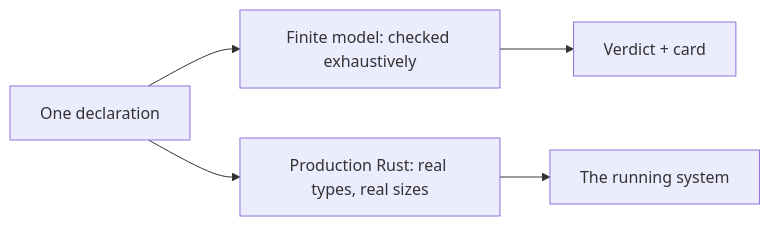
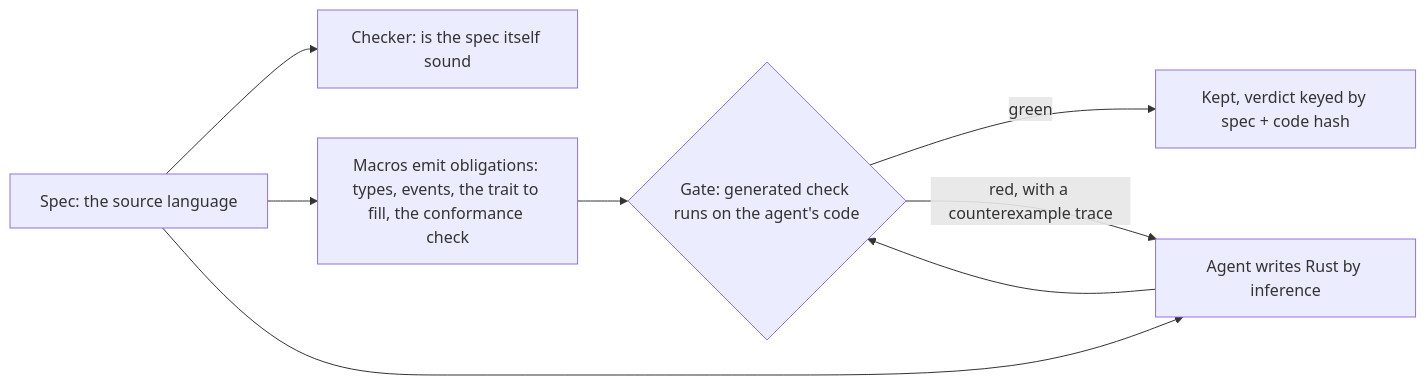
The first of 3 diagrams in .bboxy/specs/spec-first-os.md (bboxy450/bboxy450-term), drawn with Mermaid before and after one commit. The commit also changed other lines of this file, not shown here.

Commit message:
[skip ci] spec-first-os: inference compiles the spec, macros judge it; milestone 2 is the generated judge

````diff
--- a/.bboxy/specs/spec-first-os.md
+++ b/.bboxy/specs/spec-first-os.md
@@ -54,7 +56,10 @@
 ```mermaid
 flowchart LR
-  D[One declaration] --> F[Finite model: checked exhaustively]
-  D --> R[Production Rust: real types, real sizes]
-  F --> V[Verdict + card]
-  R --> B[The running system]
+  S[Spec: the source language] --> C[Checker: is the spec itself sound]
+  S --> O[Macros emit obligations: types, events, the trait to fill, the conformance check]
+  S --> A[Agent writes Rust by inference]
+  A --> G{Gate: generated check runs on the agent's code}
+  O --> G
+  G -->|green| K[Kept, verdict keyed by spec + code hash]
+  G -->|red, with a counterexample trace| A
 ```
````
